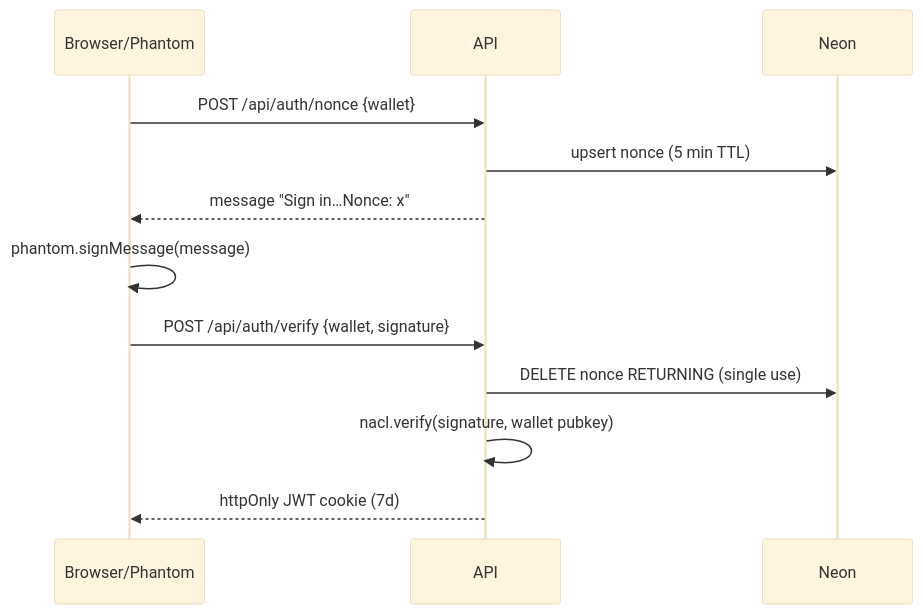
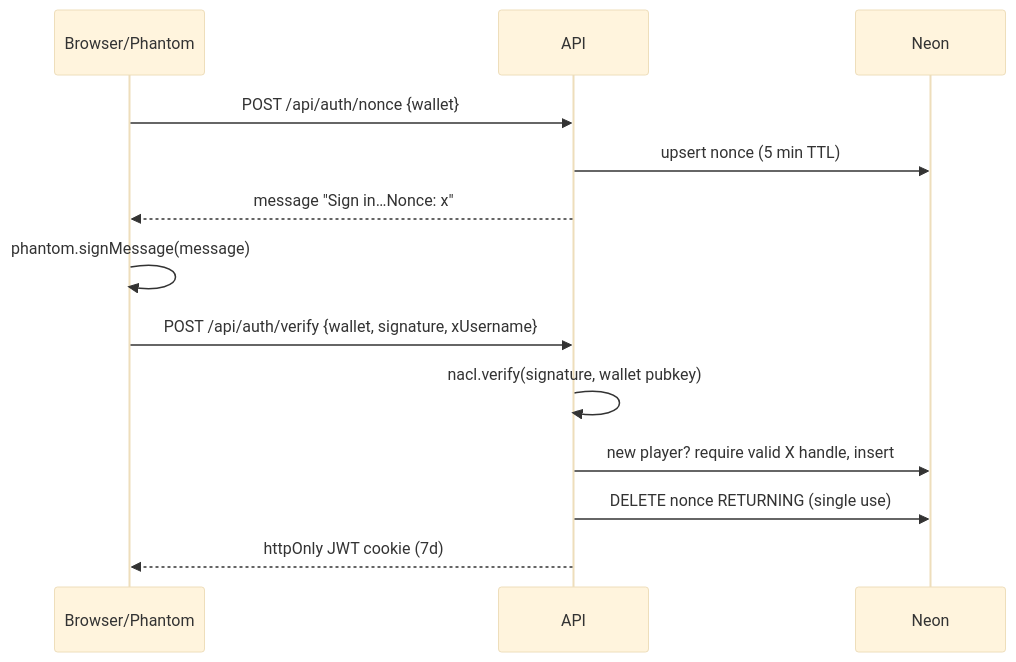
One commit to davide963-ux/cr-gr changed the second of 4 diagrams in README.md. Above: the diagram before and after it, drawn with Mermaid (base theme). The commit also changed other lines of this file and 7 other files, not shown here.

First line of the commit message:
Require X username at signup; show on leaderboard and in winners report

````diff
--- a/README.md
+++ b/README.md
@@ -17,14 +17,15 @@
 ```mermaid
 sequenceDiagram
   participant B as Browser/Phantom
   participant A as API
   participant D as Neon
   B->>A: POST /api/auth/nonce {wallet}
   A->>D: upsert nonce (5 min TTL)
   A-->>B: message "Sign in…Nonce: x"
   B->>B: phantom.signMessage(message)
-  B->>A: POST /api/auth/verify {wallet, signature}
+  B->>A: POST /api/auth/verify {wallet, signature, xUsername}
+  A->>A: nacl.verify(signature, wallet pubkey)
+  A->>D: new player? require valid X handle, insert
   A->>D: DELETE nonce RETURNING (single use)
-  A->>A: nacl.verify(signature, wallet pubkey)
   A-->>B: httpOnly JWT cookie (7d)
 ```
````
